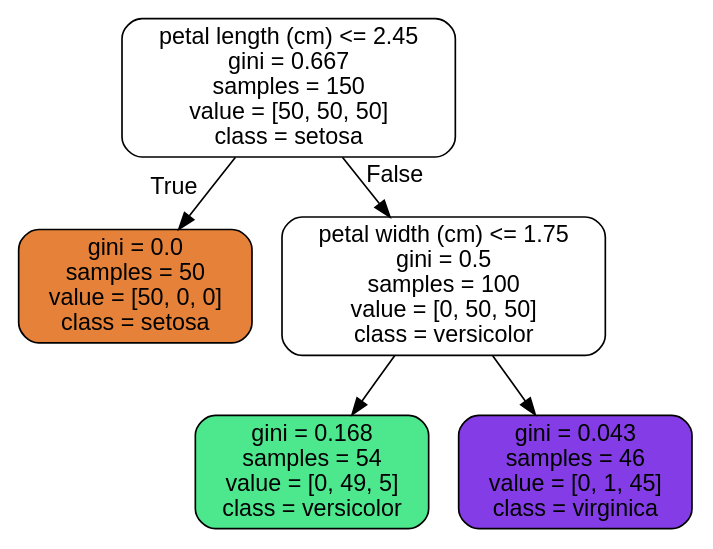
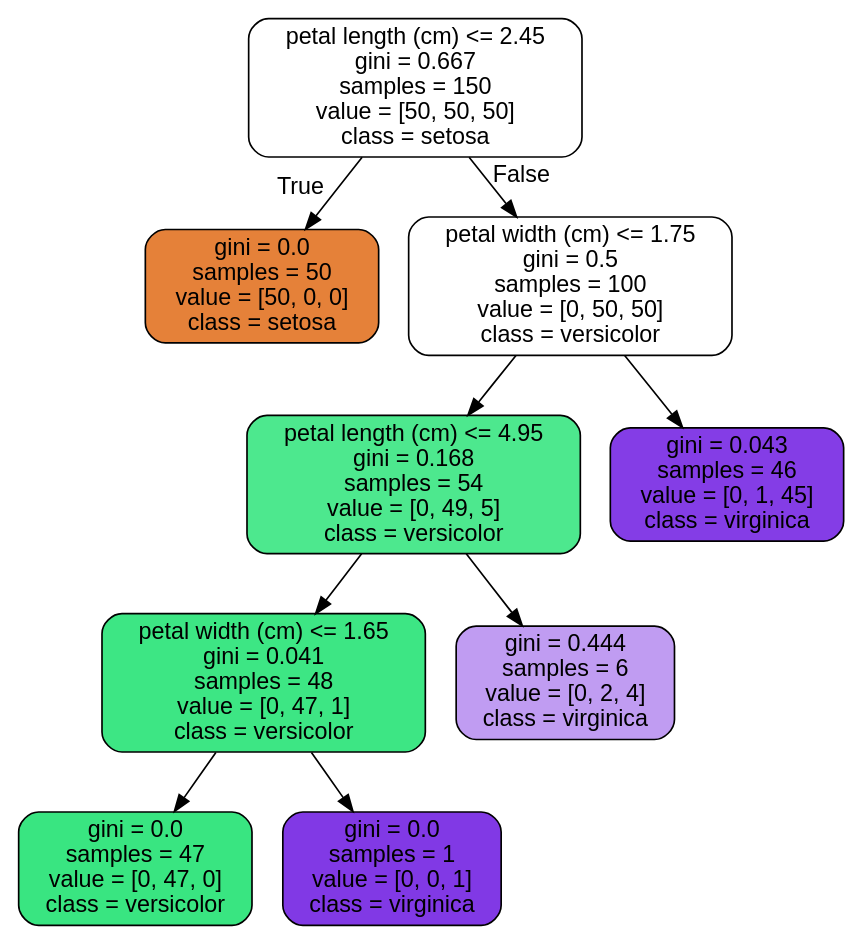
Before and after one commit to HOGENT-ML/course: the diagram in iris_tree.dot, drawn with Graphviz. The commit also changed 46 other files, not shown here.

```diff
--- a/iris_tree.dot
+++ b/iris_tree.dot
@@ -1,13 +1,21 @@
 digraph Tree {
 node [shape=box, style="filled, rounded", color="black", fontname="helvetica"] ;
 edge [fontname="helvetica"] ;
 0 [label="petal length (cm) <= 2.45\ngini = 0.667\nsamples = 150\nvalue = [50, 50, 50]\nclass = setosa", fillcolor="#ffffff"] ;
 1 [label="gini = 0.0\nsamples = 50\nvalue = [50, 0, 0]\nclass = setosa", fillcolor="#e58139"] ;
 0 -> 1 [labeldistance=2.5, labelangle=45, headlabel="True"] ;
 2 [label="petal width (cm) <= 1.75\ngini = 0.5\nsamples = 100\nvalue = [0, 50, 50]\nclass = versicolor", fillcolor="#ffffff"] ;
 0 -> 2 [labeldistance=2.5, labelangle=-45, headlabel="False"] ;
-3 [label="gini = 0.168\nsamples = 54\nvalue = [0, 49, 5]\nclass = versicolor", fillcolor="#4de88e"] ;
+3 [label="petal length (cm) <= 4.95\ngini = 0.168\nsamples = 54\nvalue = [0, 49, 5]\nclass = versicolor", fillcolor="#4de88e"] ;
 2 -> 3 ;
+5 [label="petal width (cm) <= 1.65\ngini = 0.041\nsamples = 48\nvalue = [0, 47, 1]\nclass = versicolor", fillcolor="#3de684"] ;
+3 -> 5 ;
+7 [label="gini = 0.0\nsamples = 47\nvalue = [0, 47, 0]\nclass = versicolor", fillcolor="#39e581"] ;
+5 -> 7 ;
+8 [label="gini = 0.0\nsamples = 1\nvalue = [0, 0, 1]\nclass = virginica", fillcolor="#8139e5"] ;
+5 -> 8 ;
+6 [label="gini = 0.444\nsamples = 6\nvalue = [0, 2, 4]\nclass = virginica", fillcolor="#c09cf2"] ;
+3 -> 6 ;
 4 [label="gini = 0.043\nsamples = 46\nvalue = [0, 1, 45]\nclass = virginica", fillcolor="#843de6"] ;
 2 -> 4 ;
 }
```
